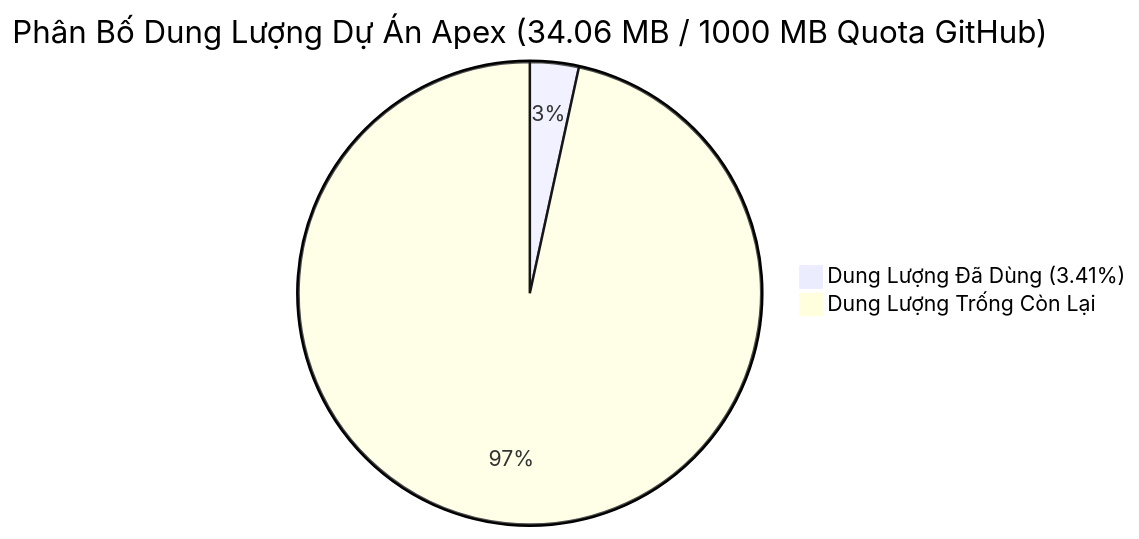
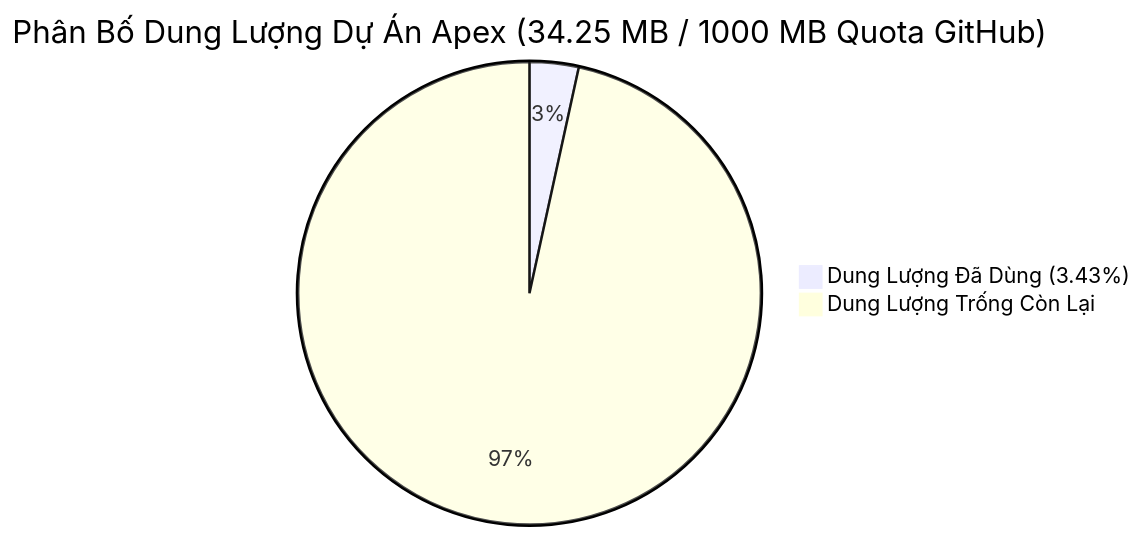
One commit to Thienphuoctran/apex-hedge-fund changed the diagram in 12_Institutional_Ombudsman_And_Inspectorate/daily_audits/2026-11-09_Infrastructure_Health_And_Capacity_Audit.md. Above: the diagram before and after it, drawn with Mermaid. The commit also changed other lines of this file and 12 other files, not shown here.

````diff
--- a/12_Institutional_Ombudsman_And_Inspectorate/daily_audits/2026-11-09_Infrastructure_Health_And_Capacity_Audit.md
+++ b/12_Institutional_Ombudsman_And_Inspectorate/daily_audits/2026-11-09_Infrastructure_Health_And_Capacity_Audit.md
@@ -15,5 +15,5 @@
 ```mermaid
-pie title Phân Bố Dung Lượng Dự Án Apex (34.06 MB / 1000 MB Quota GitHub)
-    "Dung Lượng Đã Dùng (3.41%)" : 34.06
-    "Dung Lượng Trống Còn Lại" : 965.94
+pie title Phân Bố Dung Lượng Dự Án Apex (34.25 MB / 1000 MB Quota GitHub)
+    "Dung Lượng Đã Dùng (3.43%)" : 34.25
+    "Dung Lượng Trống Còn Lại" : 965.75
 ```
````
